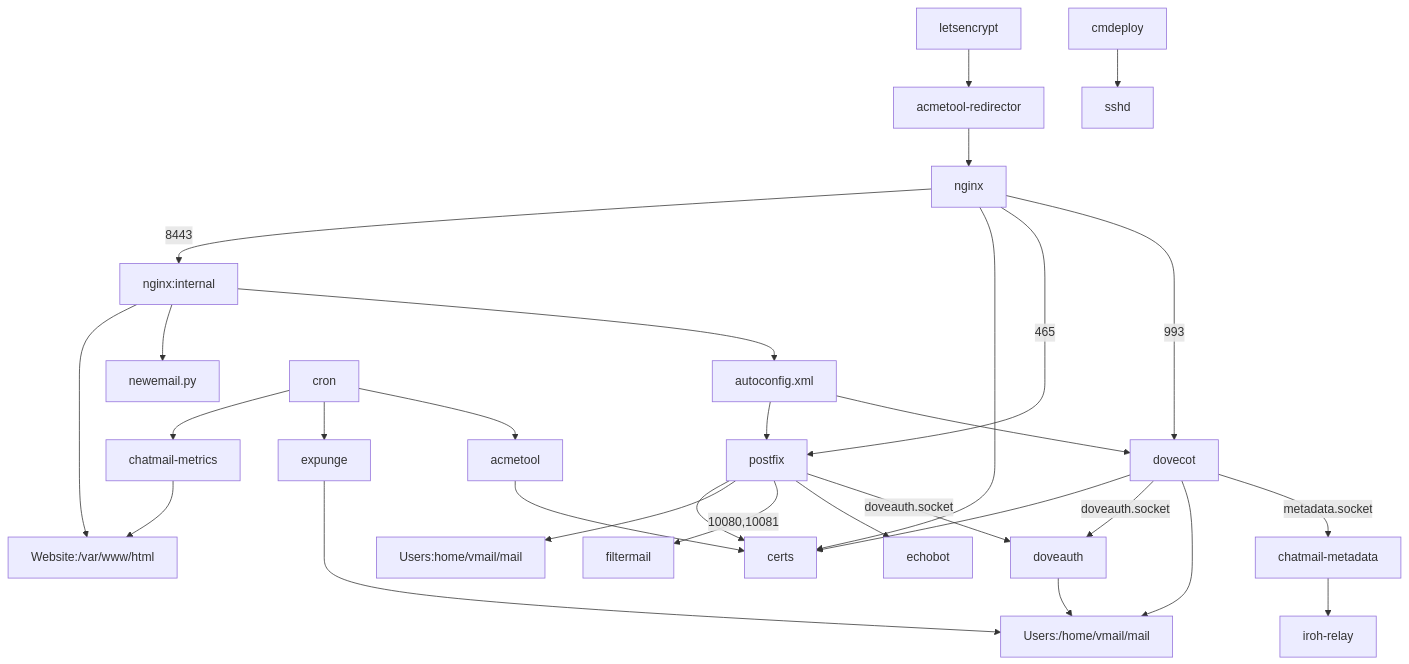
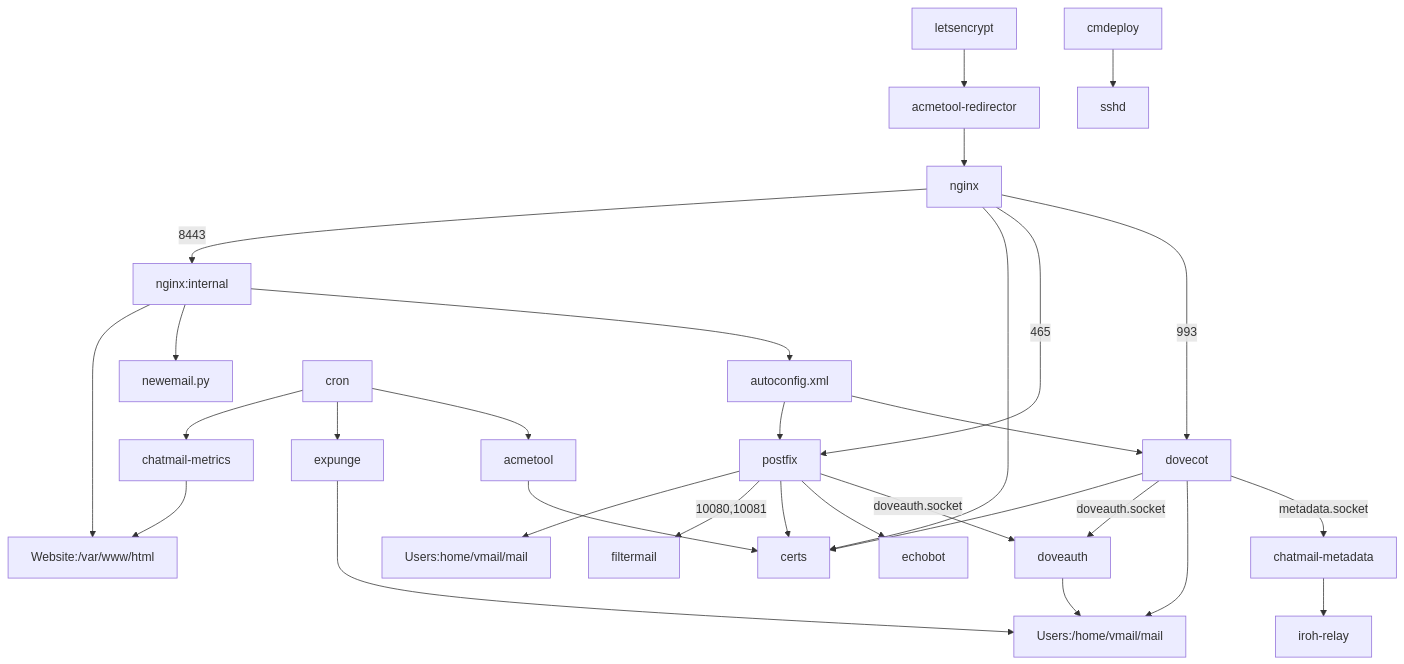
Before and after one commit to cliffmccarthy/chatmail-relay: the diagram in ARCHITECTURE.md, drawn with Mermaid. The commit also changed other lines of this file, not shown here.

````diff
--- a/ARCHITECTURE.md
+++ b/ARCHITECTURE.md
@@ -4,32 +4,32 @@
 ```mermaid
 graph TD;
     letsencrypt --> acmetool-redirector;
     acmetool-redirector --> nginx;
     nginx --> |8443|nginx:internal;
     nginx:internal --> Website:/var/www/html;
     nginx:internal --> newemail.py;
     nginx:internal --> autoconfig.xml;
     cron --> chatmail-metrics;
     cron --> expunge;
     cron --> acmetool;
     chatmail-metrics --> Website:/var/www/html;
     acmetool --> certs;
     nginx --> certs;
     nginx --> |465|postfix;
     nginx --> |993|dovecot;
     autoconfig.xml --> postfix;
     autoconfig.xml --> dovecot;
-    postfix --> certs;
     postfix --> Users:home/vmail/mail;
     postfix --> |10080,10081|filtermail;
+    postfix --> certs;
     postfix --> echobot;
     postfix --> |doveauth.socket|doveauth;
     dovecot --> certs;
     dovecot --> |doveauth.socket|doveauth;
     dovecot --> Users:/home/vmail/mail;
     dovecot --> |metadata.socket|chatmail-metadata;
     doveauth --> Users:/home/vmail/mail;
     expunge --> Users:/home/vmail/mail;
     chatmail-metadata --> iroh-relay;
     cmdeploy --> sshd;
 ```
````
